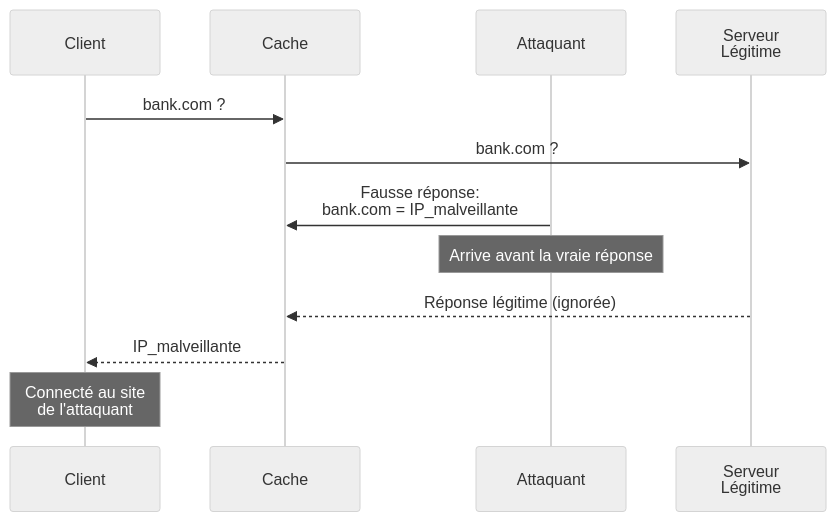
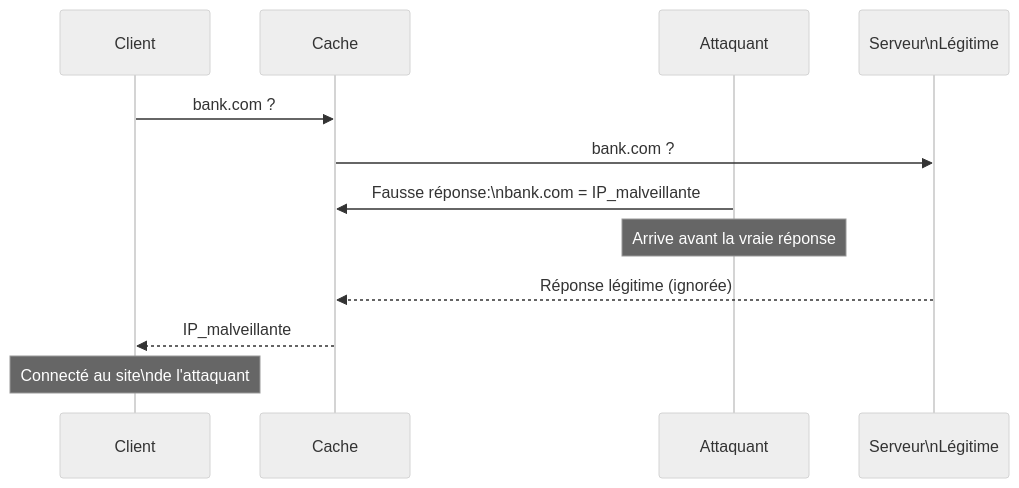
Before and after one commit to zyrass/omnydocs: the fifth of 6 diagrams in docs/bases/reseaux/dns-notions.md, drawn with Mermaid (neutral theme). The commit also changed other lines of this file and 723 other files, not shown here.

````diff
--- a/docs/bases/reseaux/dns-notions.md
+++ b/docs/bases/reseaux/dns-notions.md
@@ -684,18 +590,18 @@
     ```mermaid
     sequenceDiagram
         participant Client
         participant Cache
         participant Attaquant
-        participant Legitime as Serveur<br/>Légitime
-        
+        participant Legitime as Serveur\nLégitime
+
         Client->>Cache: bank.com ?
         Cache->>Legitime: bank.com ?
-        
-        Attaquant->>Cache: Fausse réponse:<br/>bank.com = IP_malveillante
+
+        Attaquant->>Cache: Fausse réponse:\nbank.com = IP_malveillante
         Note over Attaquant: Arrive avant la vraie réponse
-        
+
         Legitime-->>Cache: Réponse légitime (ignorée)
         Cache-->>Client: IP_malveillante
-        
-        Note over Client: Connecté au site<br/>de l'attaquant
+
+        Note over Client: Connecté au site\nde l'attaquant
     ```
````
